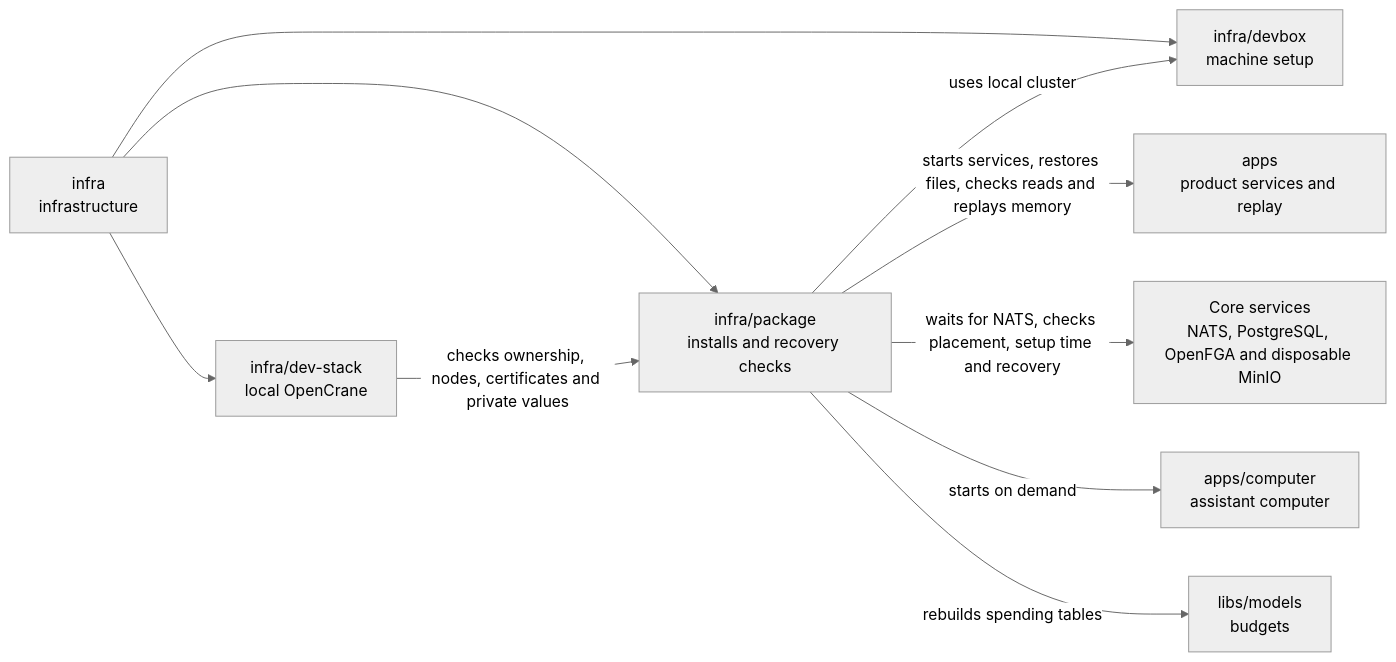
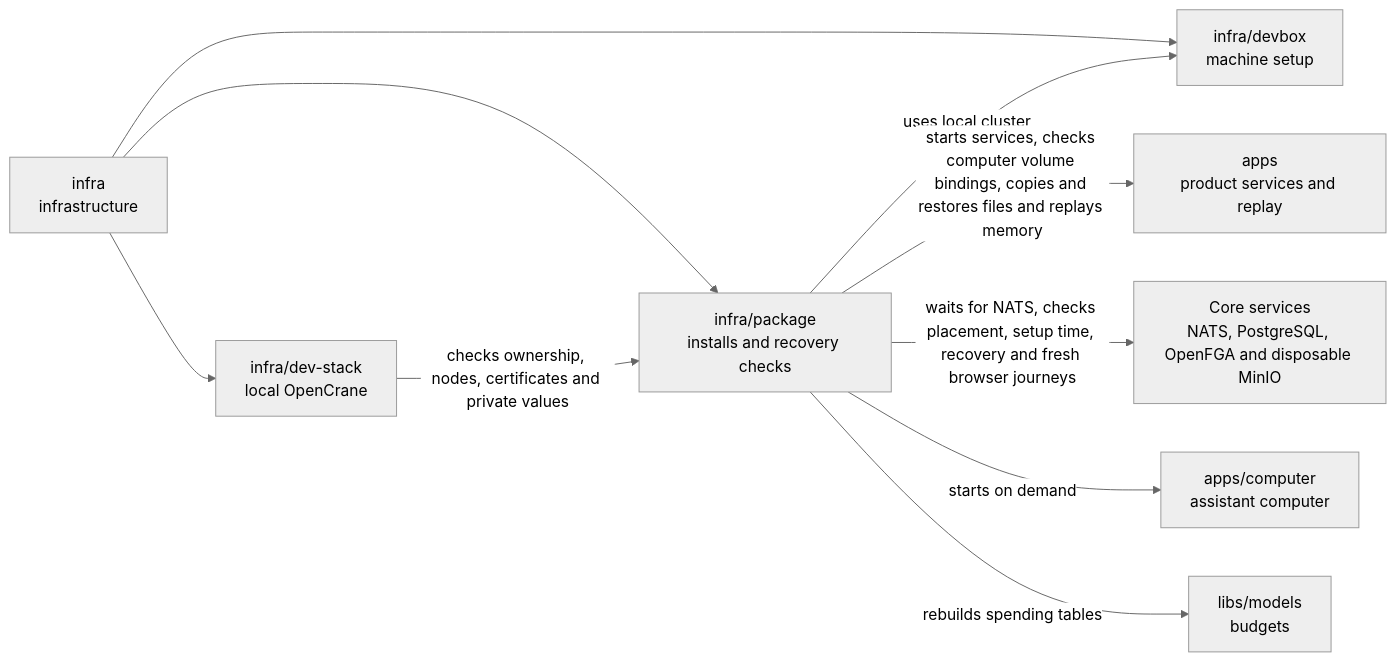
Before and after one commit to elewa-git/opencrane-new: the diagram in infra/package/README.md, drawn with Mermaid (neutral theme). The commit also changed other lines of this file and 8 other files, not shown here.

First line of the commit message:
🗄️ Computer volumes are backed up only when their claim is bound to the exact volume the silo owns (#743)

````diff
--- a/infra/package/README.md
+++ b/infra/package/README.md
@@ -19,12 +19,12 @@
 ```mermaid
 flowchart LR
   infra["infra<br/>infrastructure"] --> package["infra/package<br/>installs and recovery checks"]
   infra --> stack["infra/dev-stack<br/>local OpenCrane"]
   infra --> devbox["infra/devbox<br/>machine setup"]
   stack -->|checks ownership, nodes, certificates and private values| package
   package -->|uses local cluster| devbox
-  package -->|starts services, restores files, checks reads and replays memory| apps["apps<br/>product services and replay"]
-  package -->|waits for NATS, checks placement, setup time and recovery| services["Core services<br/>NATS, PostgreSQL, OpenFGA and disposable MinIO"]
+  package -->|starts services, checks computer volume bindings, copies and restores files and replays memory| apps["apps<br/>product services and replay"]
+  package -->|waits for NATS, checks placement, setup time, recovery and fresh browser journeys| services["Core services<br/>NATS, PostgreSQL, OpenFGA and disposable MinIO"]
   package -->|starts on demand| computer["apps/computer<br/>assistant computer"]
   package -->|rebuilds spending tables| models["libs/models<br/>budgets"]
 ```
````
